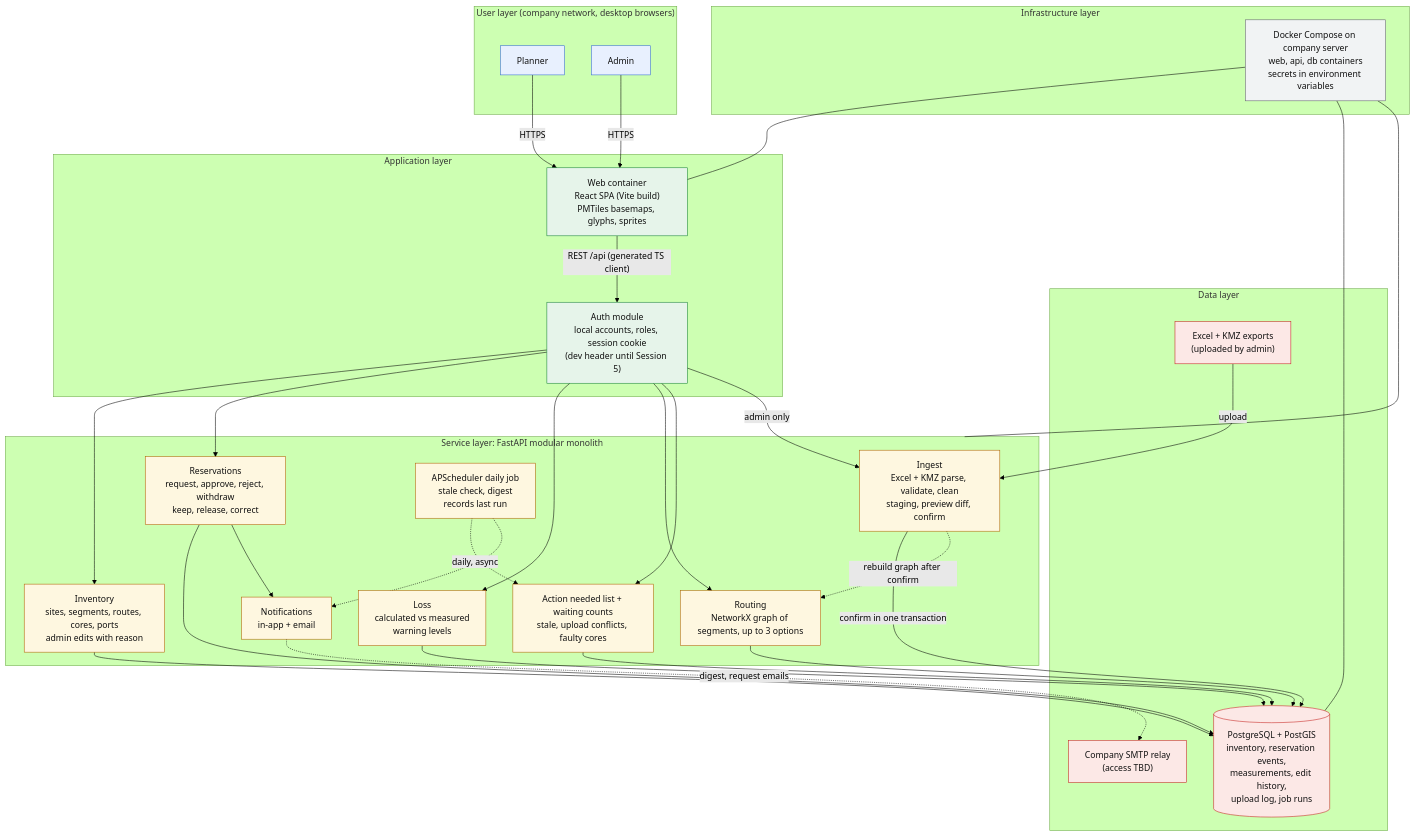
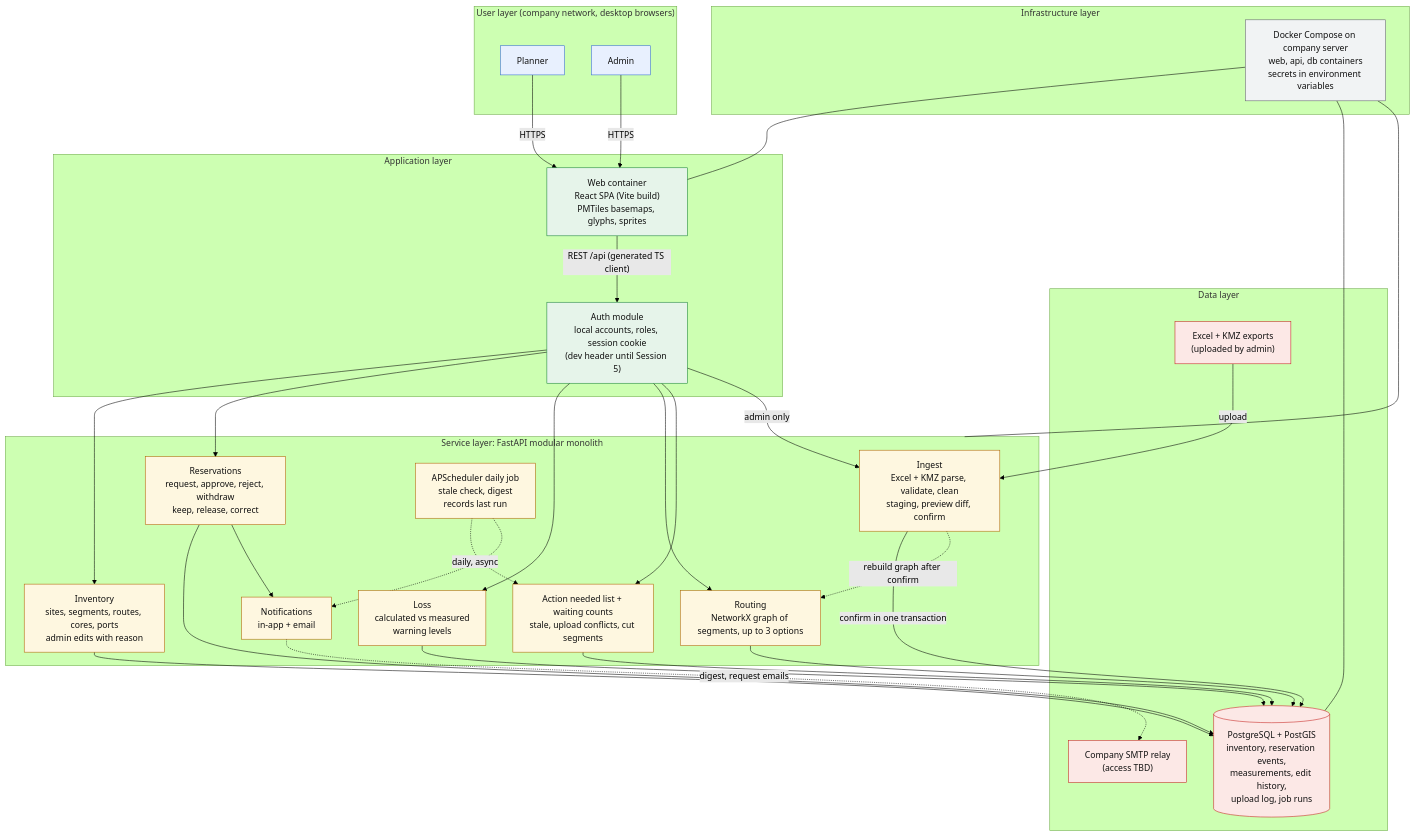
Before and after one commit to Pilths/fiber: the diagram in docs/architecture.md, drawn with Mermaid (forest theme). The commit also changed other lines of this file and 4 other files, not shown here.

First line of the commit message:
Docs: no per-core Faulty (fiber cut is a segment state); layout build plan

````diff
--- a/docs/architecture.md
+++ b/docs/architecture.md
@@ -25,59 +25,59 @@
 ```mermaid
 flowchart TB
   subgraph USER["User layer (company network, desktop browsers)"]
     P["Planner"]
     A["Admin"]
   end
 
   subgraph APP["Application layer"]
     WEB["Web container<br/>React SPA (Vite build)<br/>PMTiles basemaps, glyphs, sprites"]
     AUTH["Auth module<br/>local accounts, roles, session cookie<br/>(dev header until Session 5)"]
   end
 
   subgraph SVC["Service layer: FastAPI modular monolith"]
     INGEST["Ingest<br/>Excel + KMZ parse, validate, clean<br/>staging, preview diff, confirm"]
     INV["Inventory<br/>sites, segments, routes, cores, ports<br/>admin edits with reason"]
     RES["Reservations<br/>request, approve, reject, withdraw<br/>keep, release, correct"]
     LOSS["Loss<br/>calculated vs measured<br/>warning levels"]
     ROUTE["Routing<br/>NetworkX graph of segments, up to 3 options"]
-    REVIEW["Action needed list + waiting counts<br/>stale, upload conflicts, faulty cores"]
+    REVIEW["Action needed list + waiting counts<br/>stale, upload conflicts, cut segments"]
     JOB["APScheduler daily job<br/>stale check, digest<br/>records last run"]
     NOTIFY["Notifications<br/>in-app + email"]
   end
 
   subgraph DATA["Data layer"]
     PG[("PostgreSQL + PostGIS<br/>inventory, reservation events,<br/>measurements, edit history,<br/>upload log, job runs")]
     FILES["Excel + KMZ exports<br/>(uploaded by admin)"]
     SMTP["Company SMTP relay<br/>(access TBD)"]
   end
 
   subgraph INFRA["Infrastructure layer"]
     DC["Docker Compose on company server<br/>web, api, db containers<br/>secrets in environment variables"]
   end
 
   P -->|HTTPS| WEB
   A -->|HTTPS| WEB
   WEB -->|"REST /api (generated TS client)"| AUTH
   AUTH --> INV & RES & LOSS & ROUTE & REVIEW
   AUTH -->|admin only| INGEST
   FILES -->|upload| INGEST
   INGEST -->|confirm in one transaction| PG
   INV & RES & LOSS & ROUTE & REVIEW --> PG
   RES --> NOTIFY
   JOB -.->|daily, async| REVIEW
   JOB -.-> NOTIFY
   NOTIFY -.->|digest, request emails| SMTP
   INGEST -.->|rebuild graph after confirm| ROUTE
   DC --- WEB & SVC & PG
 
   classDef user fill:#e8f0fe,stroke:#3367d6,color:#111
   classDef app fill:#e6f4ea,stroke:#188038,color:#111
   classDef svc fill:#fef7e0,stroke:#b06000,color:#111
   classDef data fill:#fce8e6,stroke:#c5221f,color:#111
   classDef infra fill:#f1f3f4,stroke:#5f6368,color:#111
   class P,A user
   class WEB,AUTH app
   class INGEST,INV,RES,LOSS,ROUTE,REVIEW,JOB,NOTIFY svc
   class PG,FILES,SMTP data
   class DC infra
 ```
````
